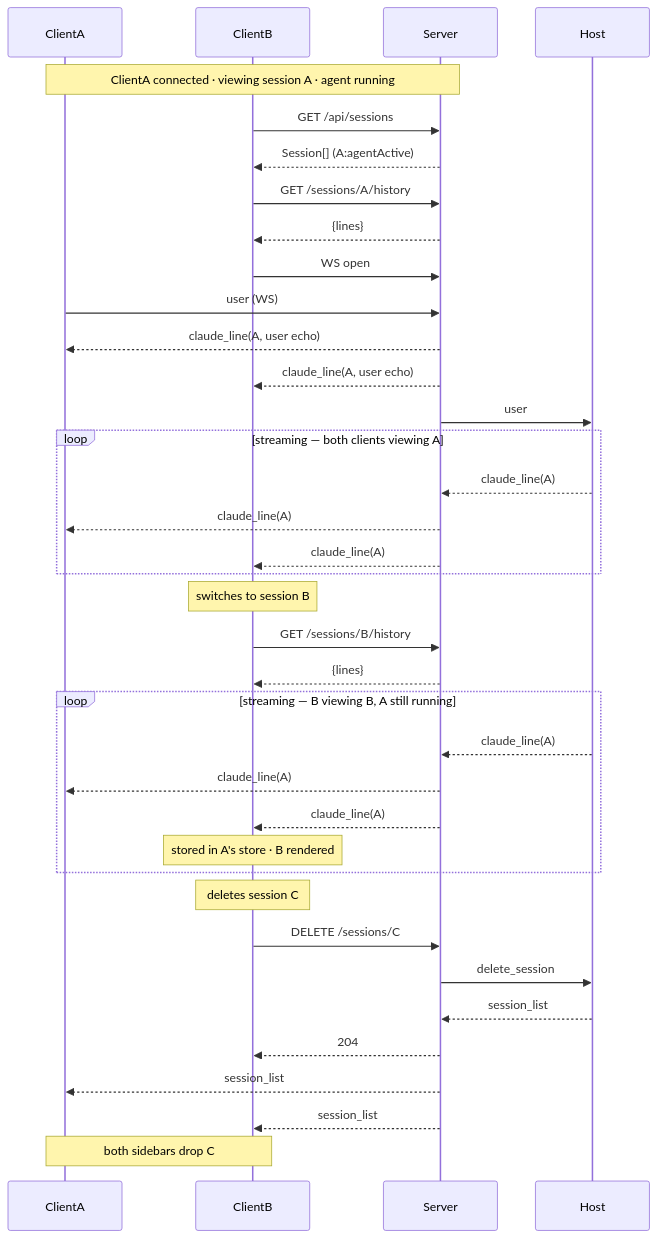
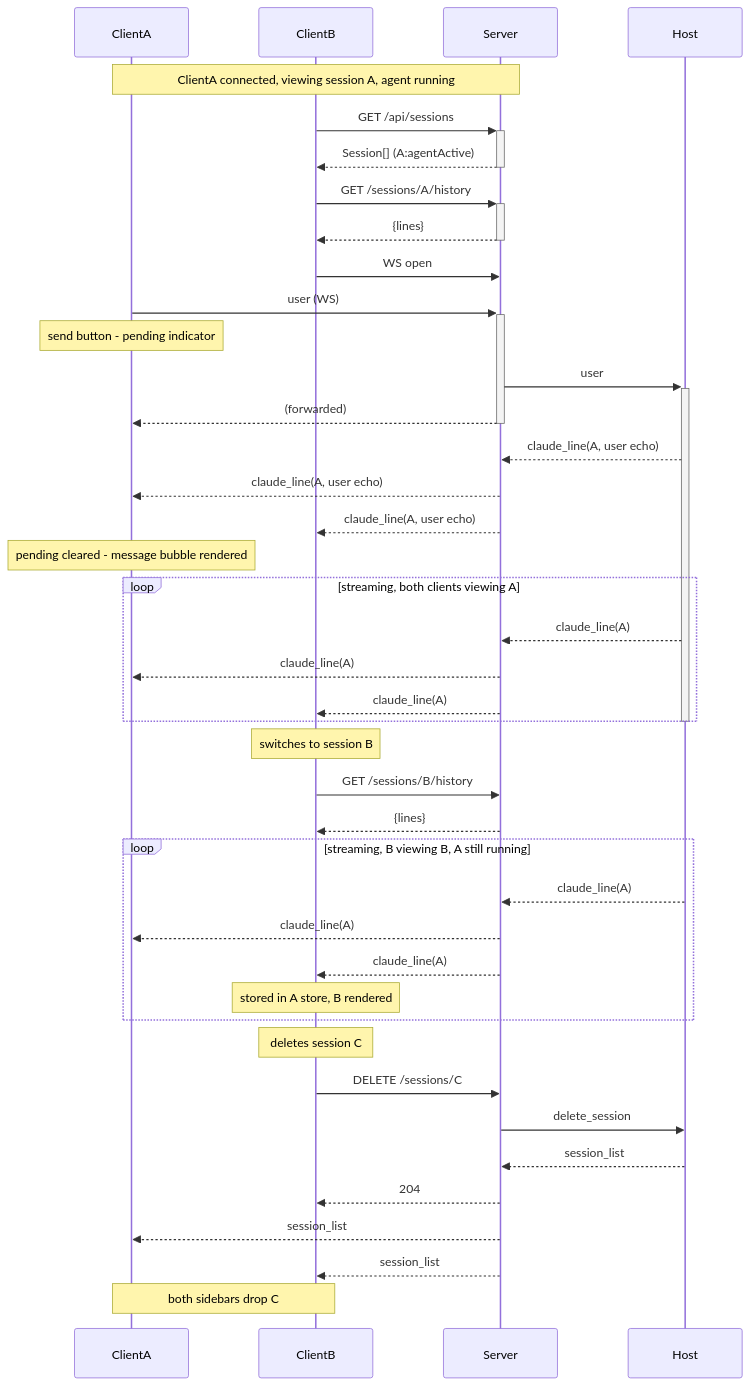
One commit to danlkv/codette changed the fourth of 5 diagrams in protocol.spec.md. Above: the diagram before and after it, drawn with Mermaid. The commit also changed other lines of this file and 8 other files, not shown here.

First line of the commit message:
host echo, send pending state, mermaid fullscreen, tool open-file btn

````diff
--- a/protocol.spec.md
+++ b/protocol.spec.md
@@ -216,39 +227,44 @@
 ```mermaid
 sequenceDiagram
     participant A as ClientA
     participant B as ClientB
     participant S as Server
     participant H as Host
-    Note over A,S: ClientA connected · viewing session A · agent running
-    B->>S: GET /api/sessions
-    S-->>B: Session[] (A:agentActive)
-    B->>S: GET /sessions/A/history
-    S-->>B: {lines}
+    Note over A,S: ClientA connected, viewing session A, agent running
+    B->>+S: GET /api/sessions
+    S-->>-B: Session[] (A:agentActive)
+    B->>+S: GET /sessions/A/history
+    S-->>-B: {lines}
     B->>S: WS open
-    A->>S: user (WS)
+    A->>+S: user (WS)
+    Note over A: send button - pending indicator
+    S->>+H: user
+    S-->>-A: (forwarded)
+    H-->>S: claude_line(A, user echo)
     S-->>A: claude_line(A, user echo)
     S-->>B: claude_line(A, user echo)
-    S->>H: user
-    loop streaming — both clients viewing A
+    Note over A: pending cleared - message bubble rendered
+    loop streaming, both clients viewing A
         H-->>S: claude_line(A)
         S-->>A: claude_line(A)
         S-->>B: claude_line(A)
     end
+    deactivate H
     Note over B: switches to session B
     B->>S: GET /sessions/B/history
     S-->>B: {lines}
-    loop streaming — B viewing B, A still running
+    loop streaming, B viewing B, A still running
         H-->>S: claude_line(A)
         S-->>A: claude_line(A)
         S-->>B: claude_line(A)
-        Note over B: stored in A's store · B rendered
+        Note over B: stored in A store, B rendered
     end
     Note over B: deletes session C
     B->>S: DELETE /sessions/C
     S->>H: delete_session
     H-->>S: session_list
     S-->>B: 204
     S-->>A: session_list
     S-->>B: session_list
     Note over A,B: both sidebars drop C
 ```
````
